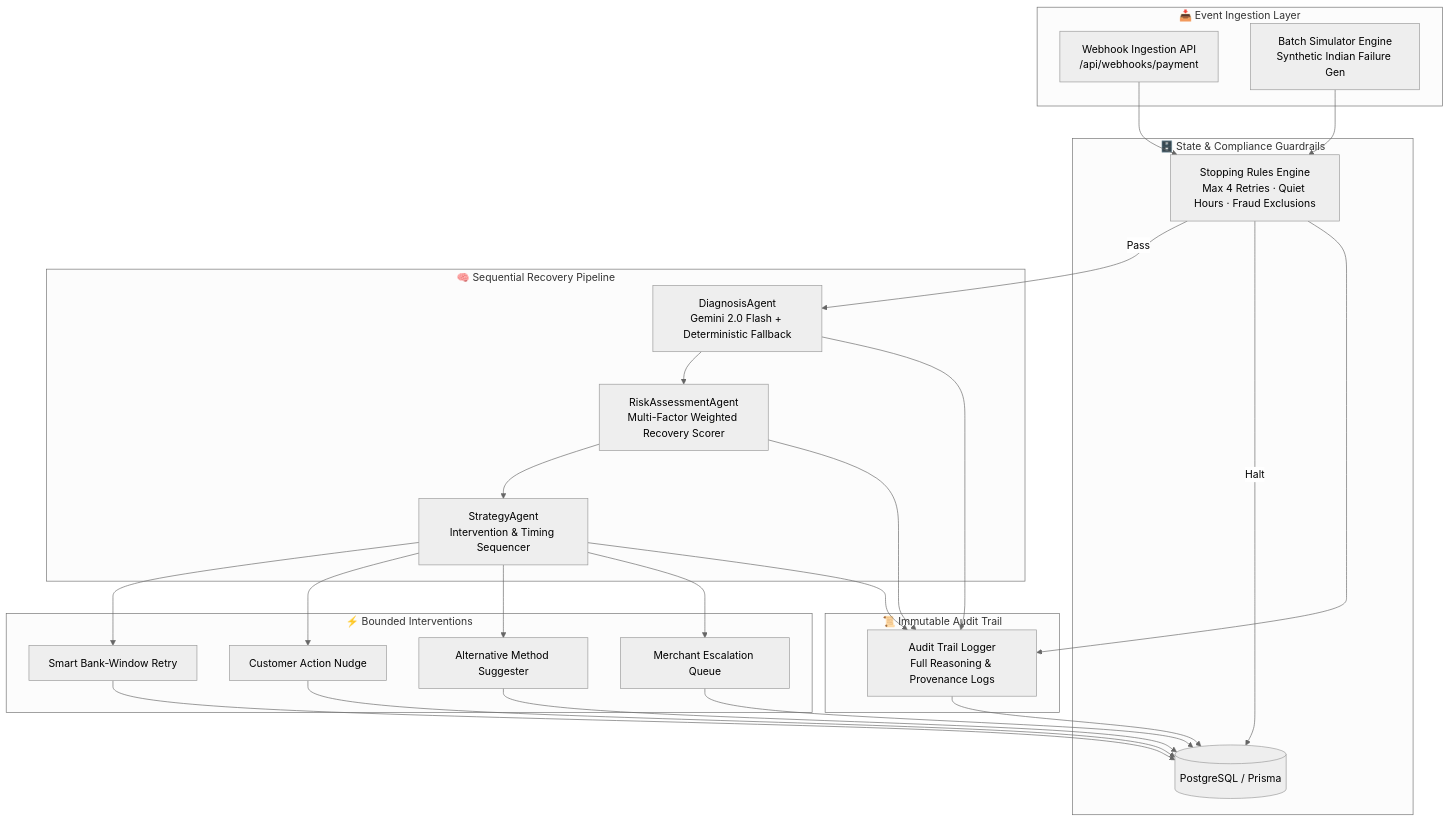
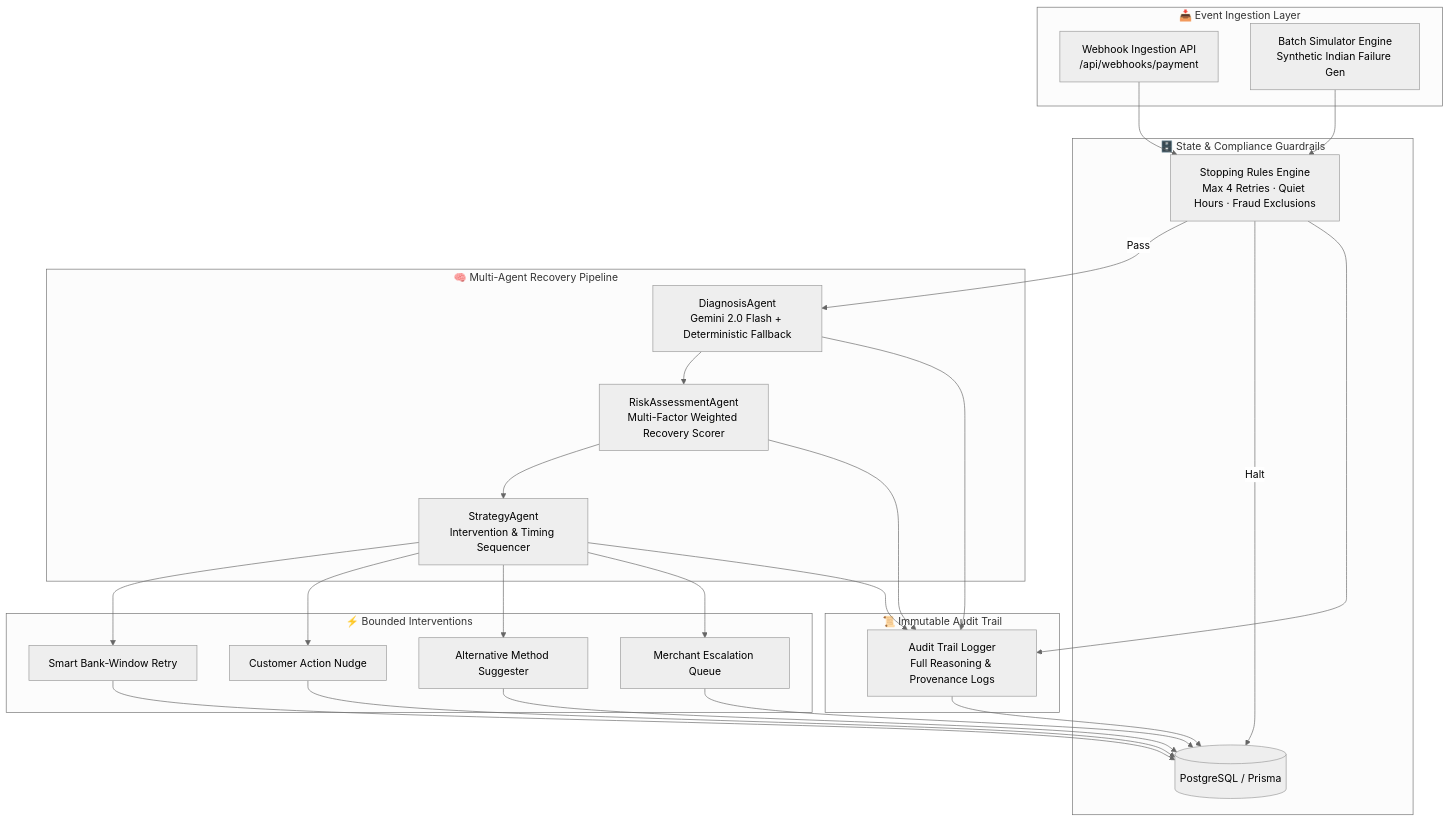
Before and after one commit to vishalkumar-ai25/revive-ai: the diagram in README.md, drawn with Mermaid (neutral theme). The commit also changed other lines of this file, not shown here.

Commit message:
docs(readme): restore Multi-Agent label, keep LangGraph removed — previous commit over-corrected

````diff
--- a/README.md
+++ b/README.md
@@ -18,38 +18,38 @@
 ```mermaid
 flowchart TB
     subgraph Ingestion["📥 Event Ingestion Layer"]
         WH[Webhook Ingestion API<br/>/api/webhooks/payment]
         SIM[Batch Simulator Engine<br/>Synthetic Indian Failure Gen]
     end
 
     subgraph Memory["🗄️ State & Compliance Guardrails"]
         DB[(PostgreSQL / Prisma)]
         STOP[Stopping Rules Engine<br/>Max 4 Retries · Quiet Hours · Fraud Exclusions]
     end
 
-    subgraph Agents["🧠 Sequential Recovery Pipeline"]
+    subgraph Agents["🧠 Multi-Agent Recovery Pipeline"]
         DA[DiagnosisAgent<br/>Gemini 2.0 Flash + Deterministic Fallback]
         RA[RiskAssessmentAgent<br/>Multi-Factor Weighted Recovery Scorer]
         SA[StrategyAgent<br/>Intervention & Timing Sequencer]
     end
 
     subgraph Execution["⚡ Bounded Interventions"]
         R1[Smart Bank-Window Retry]
         R2[Customer Action Nudge]
         R3[Alternative Method Suggester]
         R4[Merchant Escalation Queue]
     end
 
     subgraph Audit["📜 Immutable Audit Trail"]
         LOG[Audit Trail Logger<br/>Full Reasoning & Provenance Logs]
     end
 
     WH --> STOP
     SIM --> STOP
     STOP -->|Pass| DA
     STOP -->|Halt| DB
     DA --> RA --> SA
     SA --> R1 & R2 & R3 & R4
     R1 & R2 & R3 & R4 --> DB
     DA & RA & SA & STOP --> LOG --> DB
 ```
````
